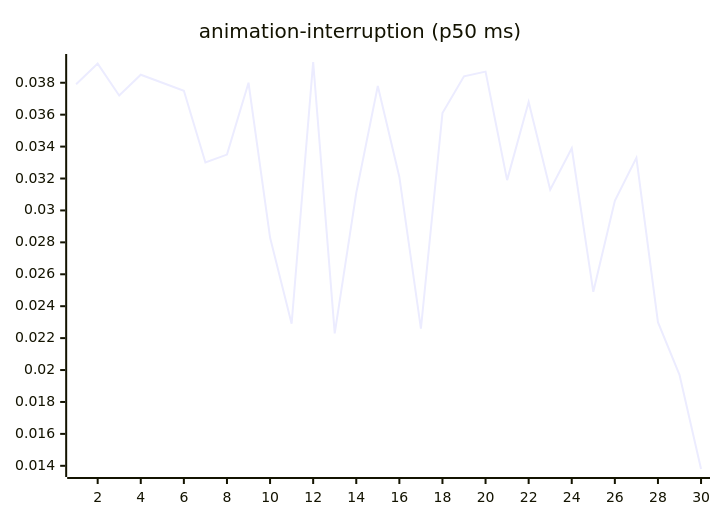
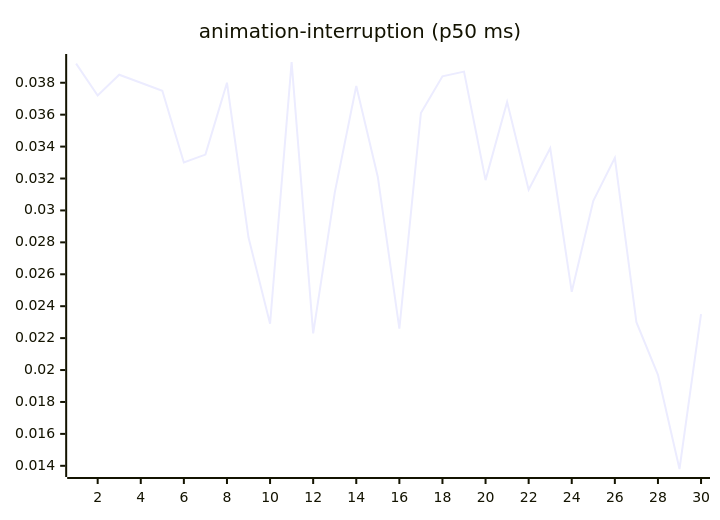
Before and after one commit to josha/Facet: the third of 27 diagrams in README.md, drawn with Mermaid. The commit also changed other lines of this file and 2 other files, not shown here.

````diff
--- a/README.md
+++ b/README.md
@@ -77,6 +77,6 @@
 ```mermaid
 xychart-beta
     title "animation-interruption (p50 ms)"
     x-axis 1 --> 30
-    line [0.0379, 0.0392, 0.0372, 0.0385, 0.0380, 0.0375, 0.0330, 0.0335, 0.0380, 0.0283, 0.0229, 0.0393, 0.0223, 0.0311, 0.0378, 0.0321, 0.0226, 0.0361, 0.0384, 0.0387, 0.0319, 0.0368, 0.0313, 0.0339, 0.0249, 0.0306, 0.0333, 0.0230, 0.0197, 0.0138]
+    line [0.0392, 0.0372, 0.0385, 0.0380, 0.0375, 0.0330, 0.0335, 0.0380, 0.0283, 0.0229, 0.0393, 0.0223, 0.0311, 0.0378, 0.0321, 0.0226, 0.0361, 0.0384, 0.0387, 0.0319, 0.0368, 0.0313, 0.0339, 0.0249, 0.0306, 0.0333, 0.0230, 0.0197, 0.0138, 0.0235]
 ```
````
